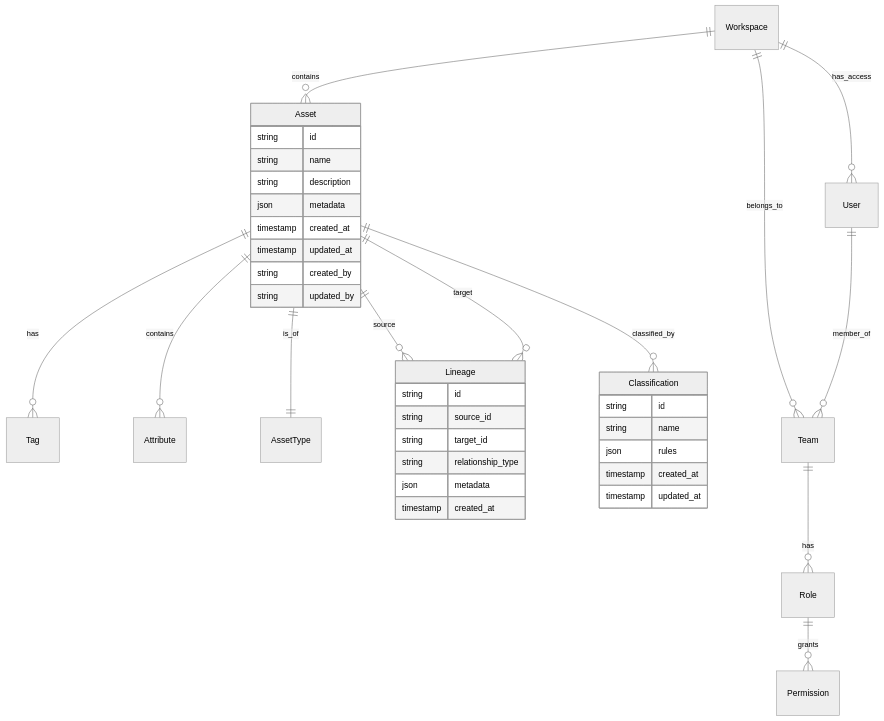
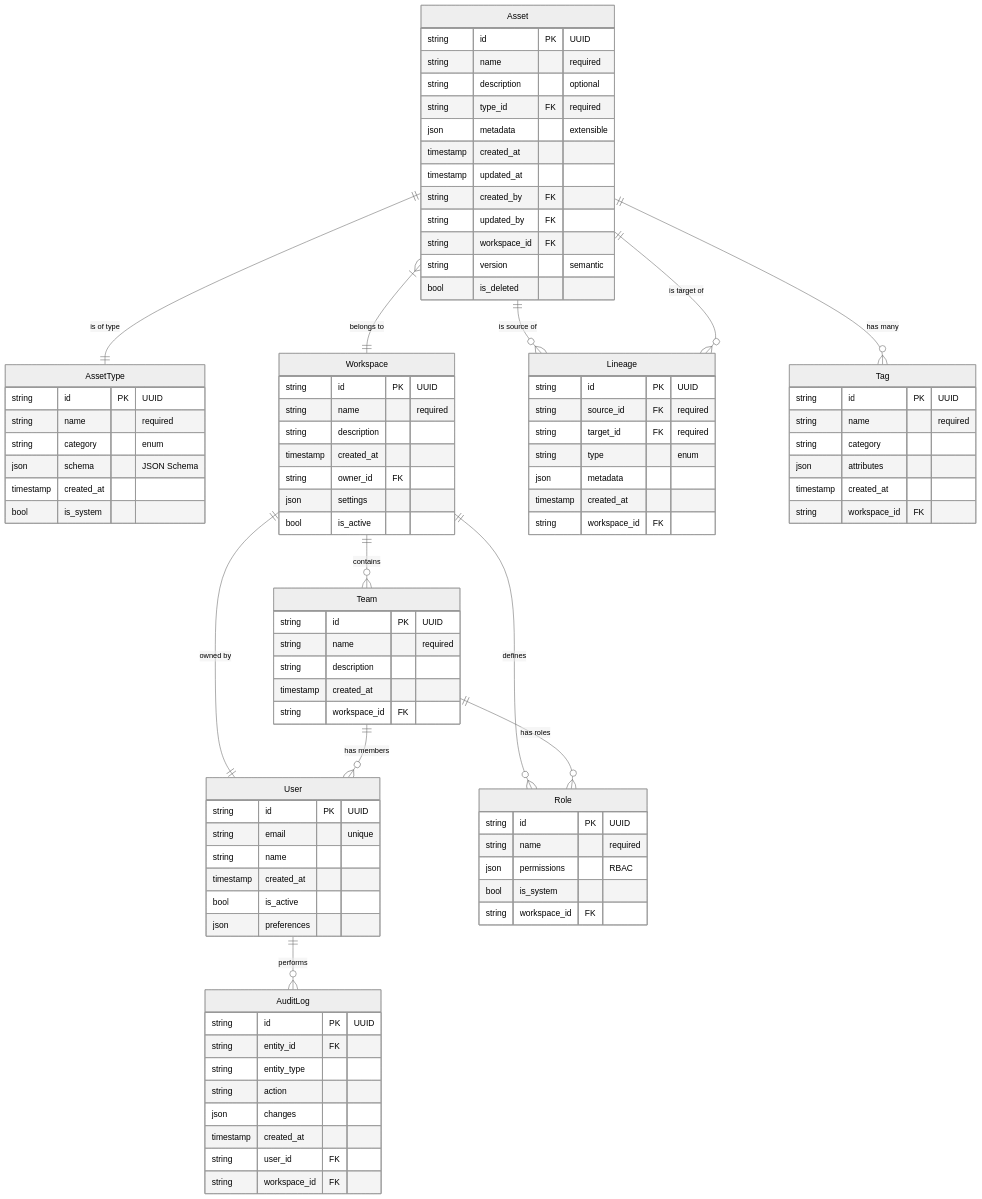
One commit to nagaaravind11/MetaPlatform changed the sixth of 26 diagrams in Design.md. Above: the diagram before and after it, drawn with Mermaid (neutral theme). The commit also changed other lines of this file, not shown here.

````diff
--- a/Design.md
+++ b/Design.md
@@ -171,45 +374,111 @@
 ```mermaid
 erDiagram
-    Asset ||--o{ Tag : has
-    Asset ||--o{ Attribute : contains
-    Asset ||--|| AssetType : is_of
-    Asset ||--o{ Lineage : source
-    Asset ||--o{ Lineage : target
-    Asset ||--o{ Classification : classified_by
-    
-    Workspace ||--o{ Asset : contains
-    Workspace ||--o{ User : has_access
-    Workspace ||--o{ Team : belongs_to
-    
-    User ||--o{ Team : member_of
-    Team ||--o{ Role : has
-    Role ||--o{ Permission : grants
-    
-    Classification {
-        string id
-        string name
-        json rules
+    %% Core Entities
+    Asset {
+        string id PK "UUID"
+        string name "required"
+        string description "optional"
+        string type_id FK "required"
+        json metadata "extensible"
         timestamp created_at
         timestamp updated_at
+        string created_by FK
+        string updated_by FK
+        string workspace_id FK
+        string version "semantic"
+        bool is_deleted
     }
-    
-    Asset {
-        string id
-        string name
+
+    AssetType {
+        string id PK "UUID"
+        string name "required"
+        string category "enum"
+        json schema "JSON Schema"
+        timestamp created_at
+        bool is_system
+    }
+
+    Workspace {
+        string id PK "UUID"
+        string name "required"
         string description
+        timestamp created_at
+        string owner_id FK
+        json settings
+        bool is_active
+    }
+
+    %% Relationship Entities
+    Lineage {
+        string id PK "UUID"
+        string source_id FK "required"
+        string target_id FK "required"
+        string type "enum"
         json metadata
         timestamp created_at
-        timestamp updated_at
-        string created_by
-        string updated_by
+        string workspace_id FK
     }
+
+    Tag {
+        string id PK "UUID"
+        string name "required"
+        string category
+        json attributes
+        timestamp created_at
+        string workspace_id FK
+    }
+
+    %% Security Entities
+    User {
+        string id PK "UUID"
+        string email "unique"
+        string name
+        timestamp created_at
+        bool is_active
+        json preferences
+    }
+
+    Team {
+        string id PK "UUID"
+        string name "required"
+        string description
+        timestamp created_at
+        string workspace_id FK
+    }
+
+    Role {
+        string id PK "UUID"
+        string name "required"
+        json permissions "RBAC"
+        bool is_system
+        string workspace_id FK
+    }
+
+    %% Audit Entities
+    AuditLog {
+        string id PK "UUID"
+        string entity_id FK
+        string entity_type
+        string action
+        json changes
+        timestamp created_at
+        string user_id FK
+        string workspace_id FK
+    }
+
+    %% Relationships with corrected cardinality
+    Asset ||--|| AssetType : "is of type"
+    Asset ||--o{ Tag : "has many"
+    Asset ||--o{ Lineage : "is source of"
+    Asset ||--o{ Lineage : "is target of"
+    Asset }|--|| Workspace : "belongs to"
     
-    Lineage {
-        string id
-        string source_id
-        string target_id
-        string relationship_type
-        json metadata
-        timestamp created_at
-    }
+    Workspace ||--o{ Team : "contains"
+    Workspace ||--o{ Role : "defines"
+    Workspace ||--|| User : "owned by"
+    
+    Team ||--o{ User : "has members"
+    Team ||--o{ Role : "has roles"
+    
+    User ||--o{ AuditLog : "performs"
 ```
````
